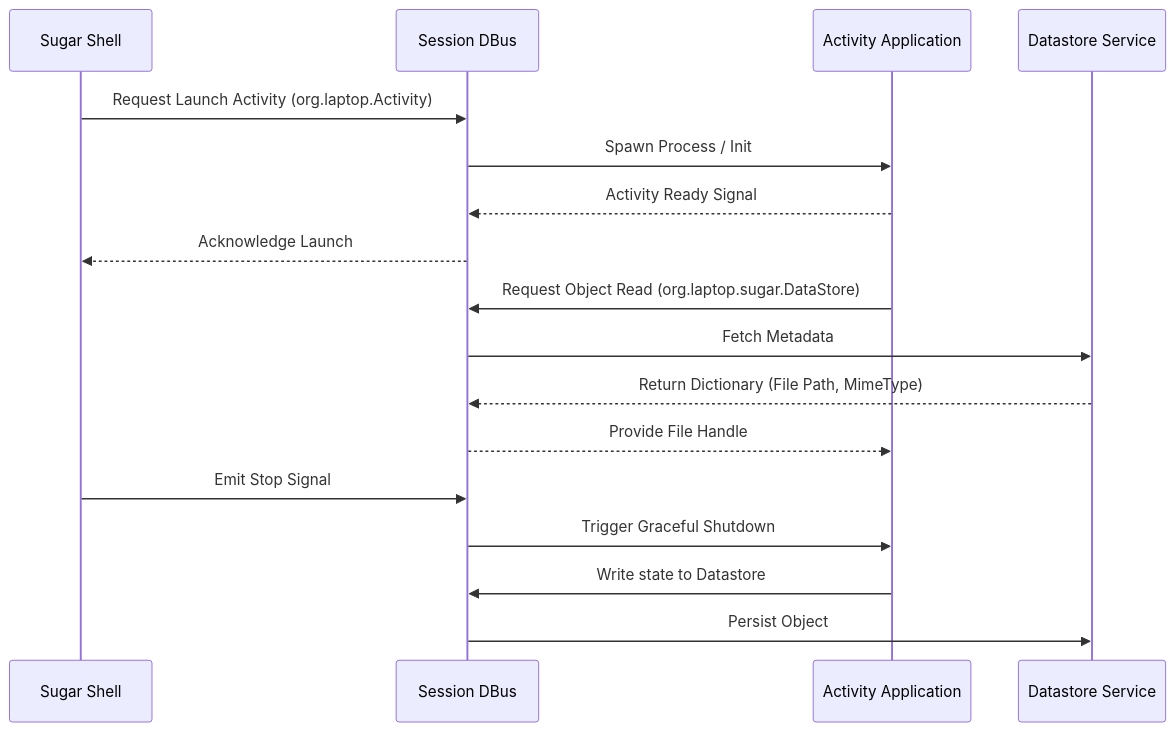
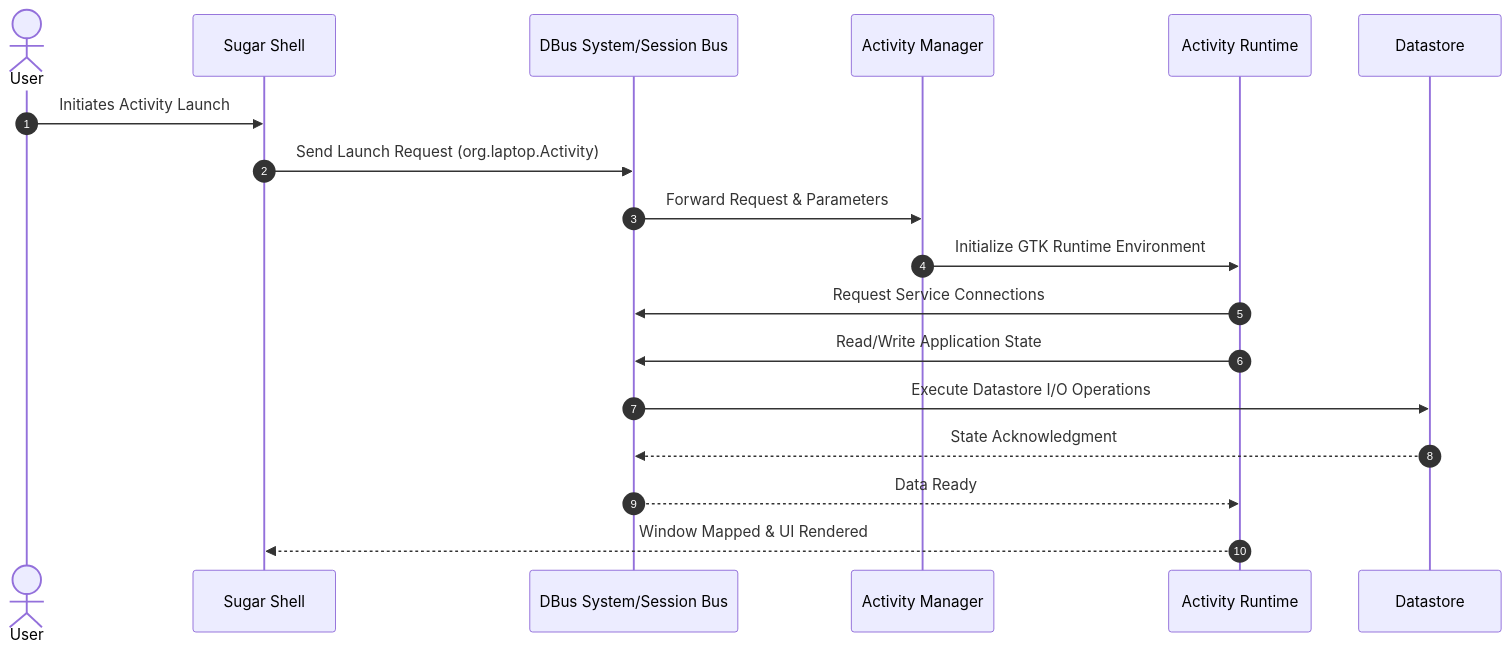
The fifth of 5 diagrams in proposal.md (Dev10-sys/sugar-proposal-gtk), drawn with Mermaid before and after one commit. The commit also changed other lines of this file, not shown here.

Commit message:
Replace Project Details section with new formatted architecture diagrams

````diff
--- a/proposal.md
+++ b/proposal.md
@@ -177,22 +207,21 @@
 ```mermaid
 sequenceDiagram
-    participant Shell as Sugar Shell
-    participant DBus as Session DBus
-    participant Activity as Activity Application
-    participant Datastore as Datastore Service
+    autonumber
+    actor User
+    participant SS as Sugar Shell
+    participant DB as DBus System/Session Bus
+    participant AM as Activity Manager
+    participant Act as Activity Runtime
+    participant DS as Datastore
 
-    Shell->>DBus: Request Launch Activity (org.laptop.Activity)
-    DBus->>Activity: Spawn Process / Init
-    Activity-->>DBus: Activity Ready Signal
-    DBus-->>Shell: Acknowledge Launch
-    
-    Activity->>DBus: Request Object Read (org.laptop.sugar.DataStore)
-    DBus->>Datastore: Fetch Metadata
-    Datastore-->>DBus: Return Dictionary (File Path, MimeType)
-    DBus-->>Activity: Provide File Handle
-    
-    Shell->>DBus: Emit Stop Signal
-    DBus->>Activity: Trigger Graceful Shutdown
-    Activity->>DBus: Write state to Datastore
-    DBus->>Datastore: Persist Object
+    User->>SS: Initiates Activity Launch
+    SS->>DB: Send Launch Request (org.laptop.Activity)
+    DB->>AM: Forward Request & Parameters
+    AM->>Act: Initialize GTK Runtime Environment
+    Act->>DB: Request Service Connections
+    Act->>DB: Read/Write Application State
+    DB->>DS: Execute Datastore I/O Operations
+    DS-->>DB: State Acknowledgment
+    DB-->>Act: Data Ready
+    Act-->>SS: Window Mapped & UI Rendered
 ```
````
